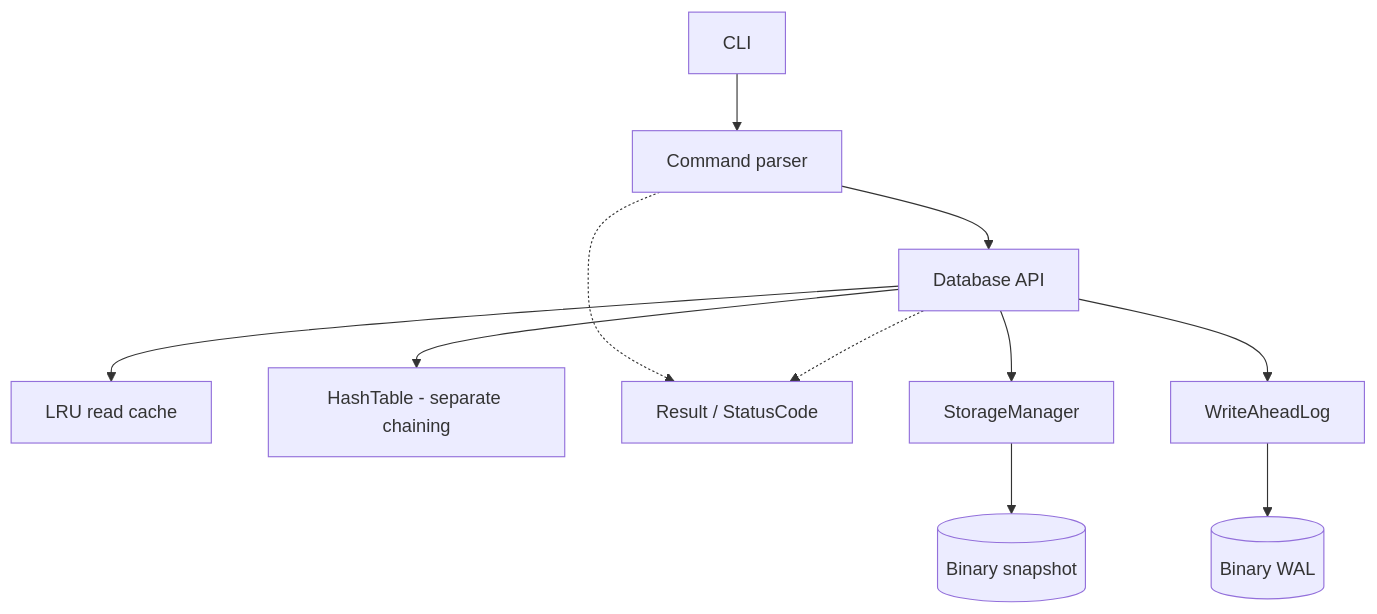
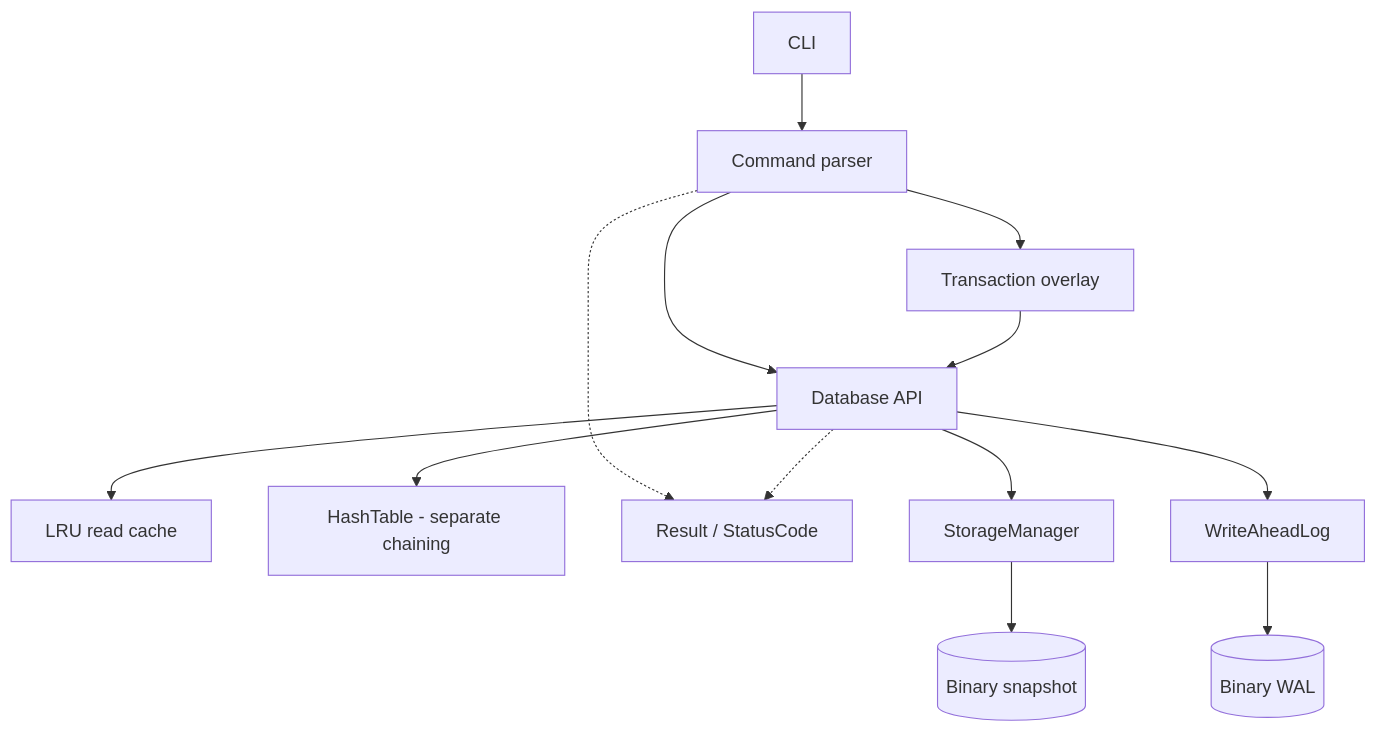
The diagram in README.md (Aarya801/MiniDB), drawn with Mermaid before and after one commit. The commit also changed other lines of this file and 19 other files, not shown here.

````diff
--- a/README.md
+++ b/README.md
@@ -188,17 +191,19 @@
 ```mermaid
 flowchart TD
     CLI[CLI] --> Parser[Command parser]
     Parser --> Database[Database API]
+    Parser --> Transaction[Transaction overlay]
+    Transaction --> Database
     Database --> Cache[LRU read cache]
     Database --> HashTable[HashTable - separate chaining]
 
     Parser -.-> Result[Result / StatusCode]
     Database -.-> Result
 
     Database --> Storage[StorageManager]
     Storage --> Snapshot[(Binary snapshot)]
     Database --> WAL[WriteAheadLog]
     WAL --> Log[(Binary WAL)]
 
     classDef planned stroke-dasharray: 4 4
 ```
````
